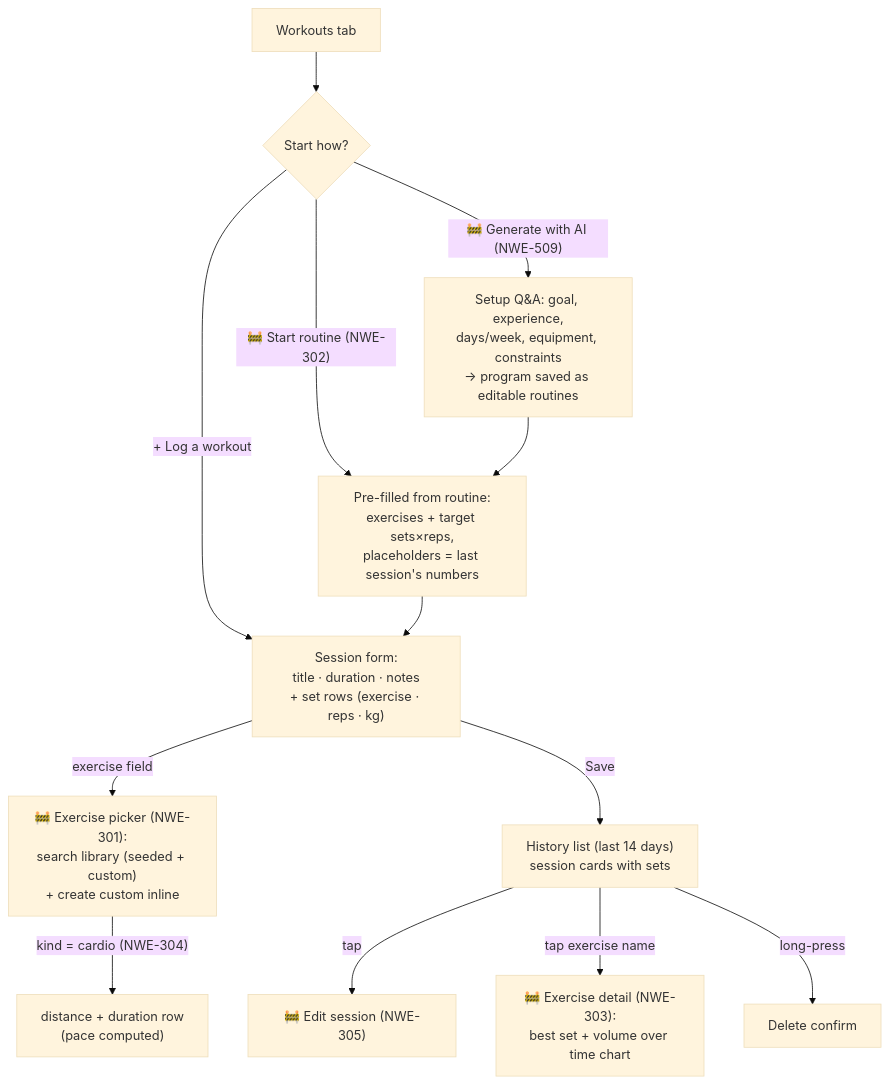
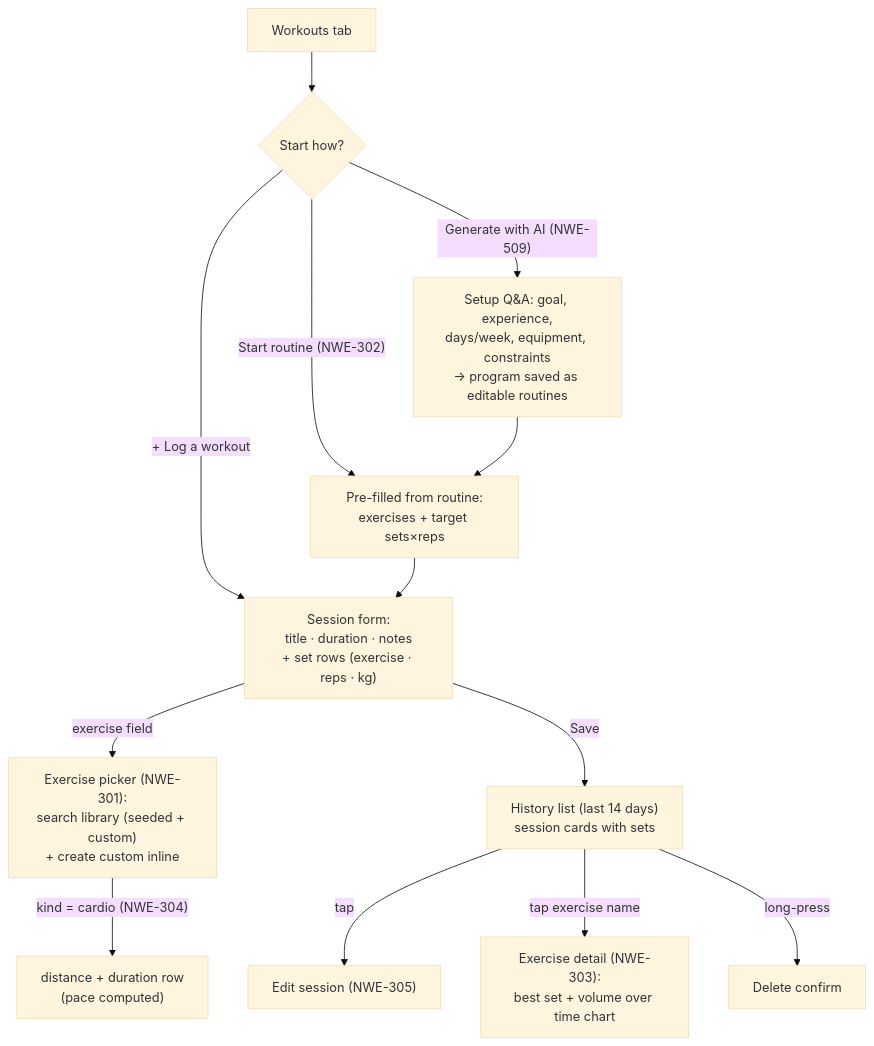
The fifth of 6 diagrams in docs/ui-flows.md (pran-gc/NutriWorkoutExpert), drawn with Mermaid (base theme) before and after one commit. The commit also changed other lines of this file and 83 other files, not shown here.

````diff
--- a/docs/ui-flows.md
+++ b/docs/ui-flows.md
@@ -109,15 +114,15 @@
 ```mermaid
 flowchart TD
     W[Workouts tab] --> N{Start how?}
     N -- "+ Log a workout" --> FORM["Session form:\ntitle · duration · notes\n+ set rows (exercise · reps · kg)"]
-    N -- "🚧 Start routine (NWE-302)" --> PRE["Pre-filled from routine:\nexercises + target sets×reps,\nplaceholders = last session's numbers"]
-    N -- "🚧 Generate with AI (NWE-509)" --> GEN["Setup Q&A: goal, experience,\ndays/week, equipment, constraints\n→ program saved as editable routines"]
+    N -- "Start routine (NWE-302)" --> PRE["Pre-filled from routine:\nexercises + target sets×reps"]
+    N -- "Generate with AI (NWE-509)" --> GEN["Setup Q&A: goal, experience,\ndays/week, equipment, constraints\n→ program saved as editable routines"]
     GEN --> PRE
     PRE --> FORM
-    FORM -- "exercise field" --> PICK["🚧 Exercise picker (NWE-301):\nsearch library (seeded + custom)\n+ create custom inline"]
+    FORM -- "exercise field" --> PICK["Exercise picker (NWE-301):\nsearch library (seeded + custom)\n+ create custom inline"]
     PICK -- "kind = cardio (NWE-304)" --> CARDIO["distance + duration row\n(pace computed)"]
     FORM -- Save --> HIST["History list (last 14 days)\nsession cards with sets"]
-    HIST -- tap --> EDIT["🚧 Edit session (NWE-305)"]
-    HIST -- "tap exercise name" --> PROG["🚧 Exercise detail (NWE-303):\nbest set + volume over time chart"]
+    HIST -- tap --> EDIT["Edit session (NWE-305)"]
+    HIST -- "tap exercise name" --> PROG["Exercise detail (NWE-303):\nbest set + volume over time chart"]
     HIST -- long-press --> DEL[Delete confirm]
 ```
````
